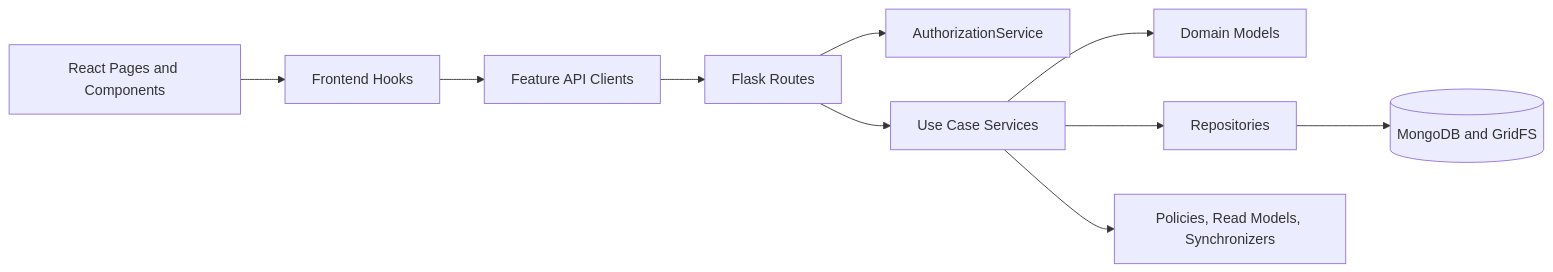
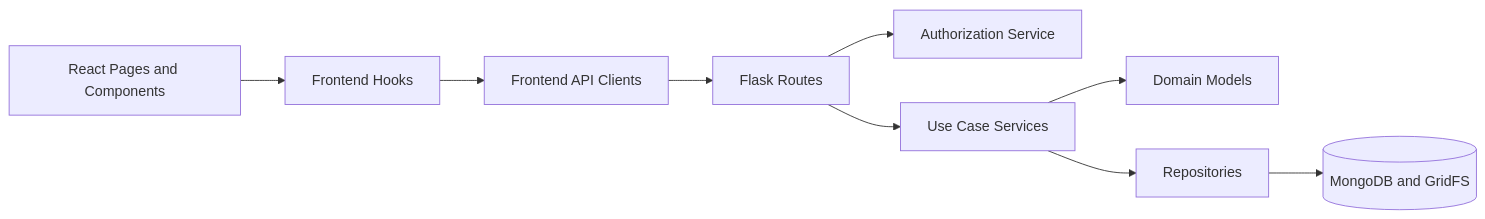
The diagram in Readme.md (PhoebeLu1011/CourseReviewSystem), drawn with Mermaid before and after one commit. The commit also changed other lines of this file, not shown here.

````diff
--- a/Readme.md
+++ b/Readme.md
@@ -265,12 +176,11 @@
 ```mermaid
 flowchart LR
     UI[React Pages and Components] --> Hook[Frontend Hooks]
-    Hook --> API[Feature API Clients]
+    Hook --> API[Frontend API Clients]
     API --> Route[Flask Routes]
-    Route --> Authz[AuthorizationService]
+    Route --> Authz[Authorization Service]
     Route --> Service[Use Case Services]
     Service --> Domain[Domain Models]
     Service --> Repo[Repositories]
     Repo --> Mongo[(MongoDB and GridFS)]
-    Service --> Collaborator[Policies, Read Models, Synchronizers]
 ```
````
